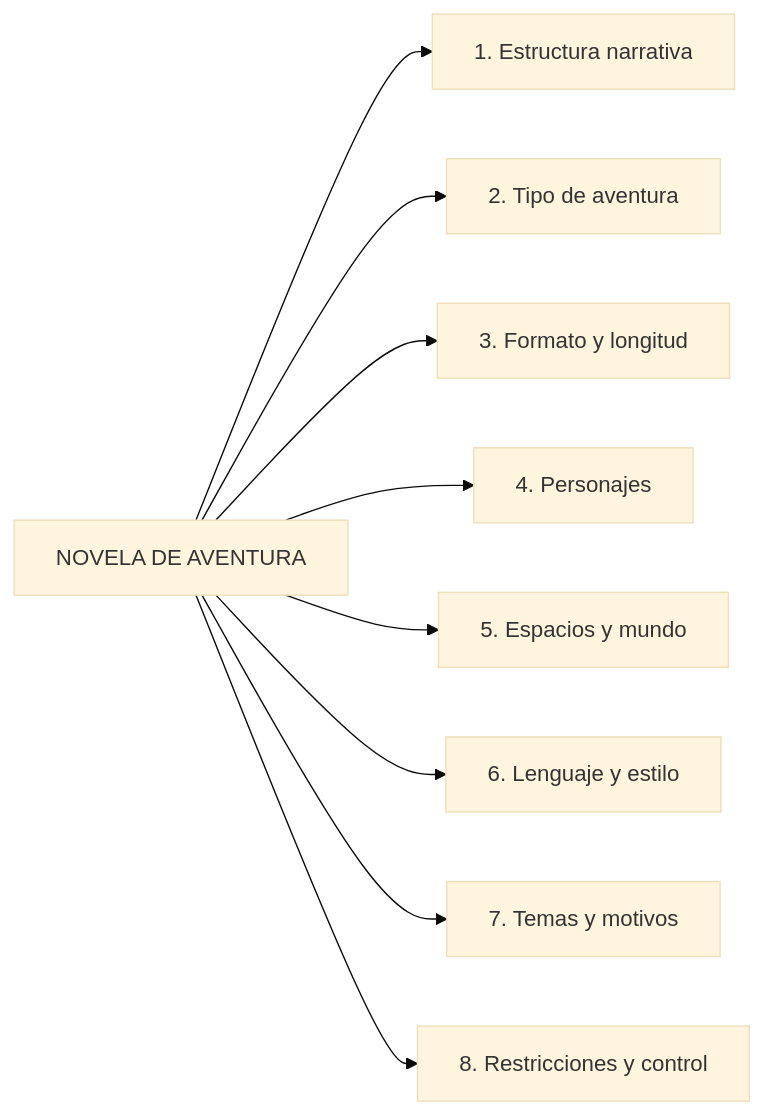
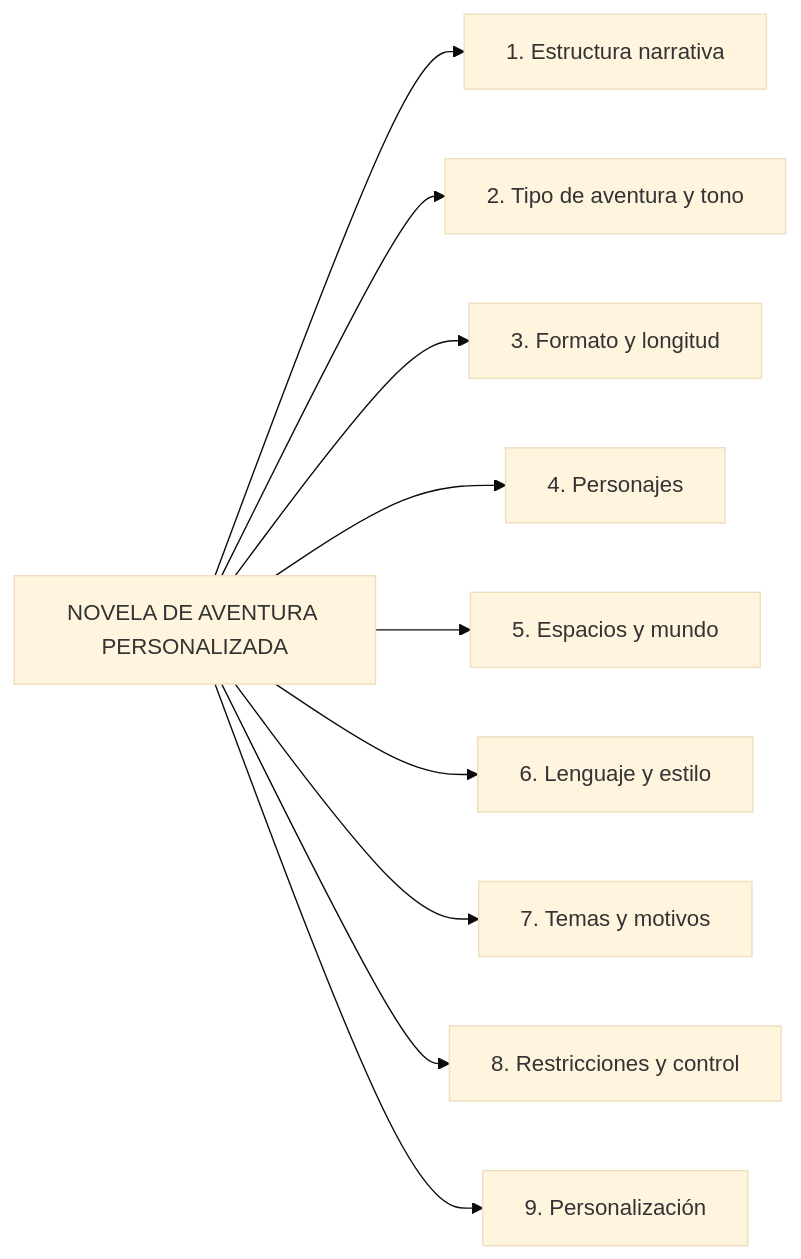
One commit to Asieribarz/my-story-marker changed the first of 11 diagrams in docs/domain-knowledge.md. Above: the diagram before and after it, drawn with Mermaid (base theme). The commit also changed other lines of this file and 6 other files, not shown here.

````diff
--- a/docs/domain-knowledge.md
+++ b/docs/domain-knowledge.md
@@ -11,12 +13,13 @@
 ```mermaid
 flowchart LR
-  N["NOVELA DE AVENTURA"]
+  N["NOVELA DE AVENTURA PERSONALIZADA"]
   N --> E["1. Estructura narrativa"]
-  N --> T["2. Tipo de aventura"]
+  N --> T["2. Tipo de aventura y tono"]
   N --> F["3. Formato y longitud"]
   N --> P["4. Personajes"]
   N --> M["5. Espacios y mundo"]
   N --> L["6. Lenguaje y estilo"]
   N --> TM["7. Temas y motivos"]
   N --> C["8. Restricciones y control"]
+  N --> PZ["9. Personalización"]
 ```
````
